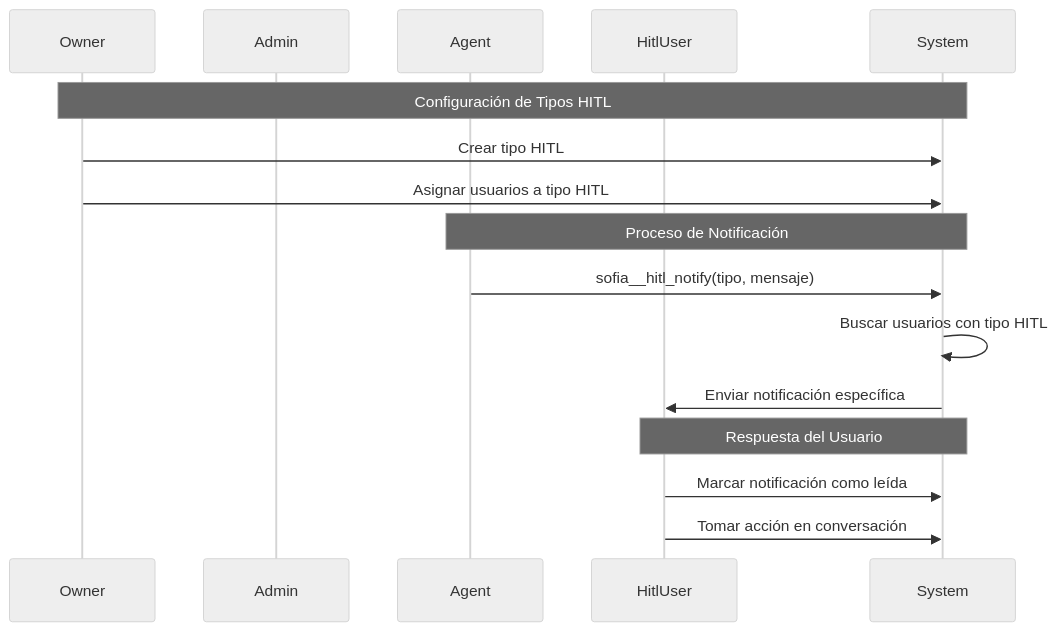
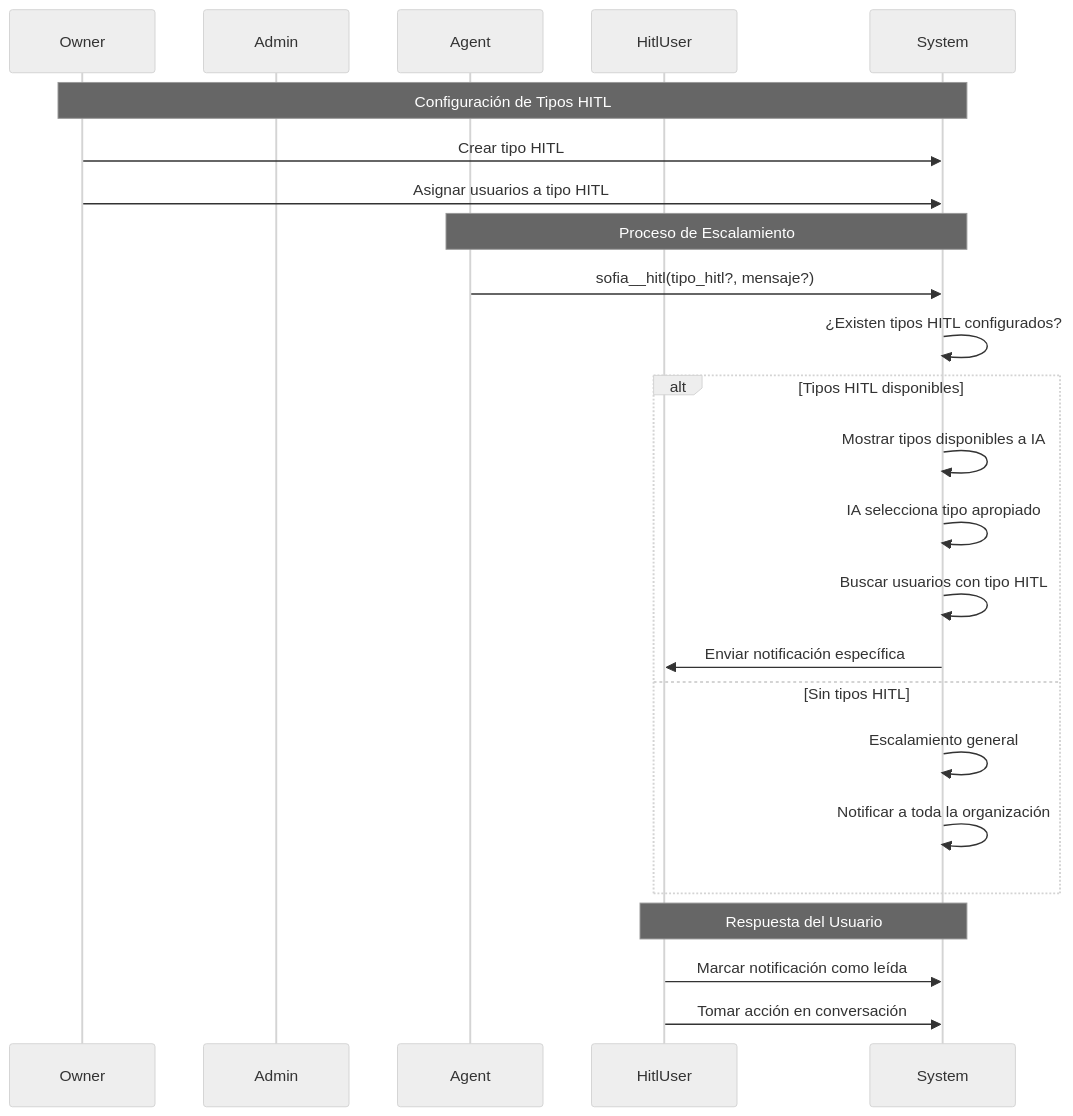
One commit to ConverxaDevTeam/chat-backend changed the diagram in docu/hitl_notifications_use_case.md. Above: the diagram before and after it, drawn with Mermaid (neutral theme). The commit also changed other lines of this file and 16 other files, not shown here.

````diff
--- a/docu/hitl_notifications_use_case.md
+++ b/docu/hitl_notifications_use_case.md
@@ -8,21 +8,29 @@
 ```mermaid
 sequenceDiagram
     participant Owner
     participant Admin
     participant Agent
     participant HitlUser
     participant System
 
     Note over Owner, System: Configuración de Tipos HITL
     Owner->>System: Crear tipo HITL
     Owner->>System: Asignar usuarios a tipo HITL
     
-    Note over Agent, System: Proceso de Notificación
-    Agent->>System: sofia__hitl_notify(tipo, mensaje)
-    System->>System: Buscar usuarios con tipo HITL
-    System->>HitlUser: Enviar notificación específica
+    Note over Agent, System: Proceso de Escalamiento
+    Agent->>System: sofia__hitl(tipo_hitl?, mensaje?)
+    System->>System: ¿Existen tipos HITL configurados?
+    alt Tipos HITL disponibles
+        System->>System: Mostrar tipos disponibles a IA
+        System->>System: IA selecciona tipo apropiado
+        System->>System: Buscar usuarios con tipo HITL
+        System->>HitlUser: Enviar notificación específica
+    else Sin tipos HITL
+        System->>System: Escalamiento general
+        System->>System: Notificar a toda la organización
+    end
     
     Note over HitlUser, System: Respuesta del Usuario
     HitlUser->>System: Marcar notificación como leída
     HitlUser->>System: Tomar acción en conversación
 ```
````
